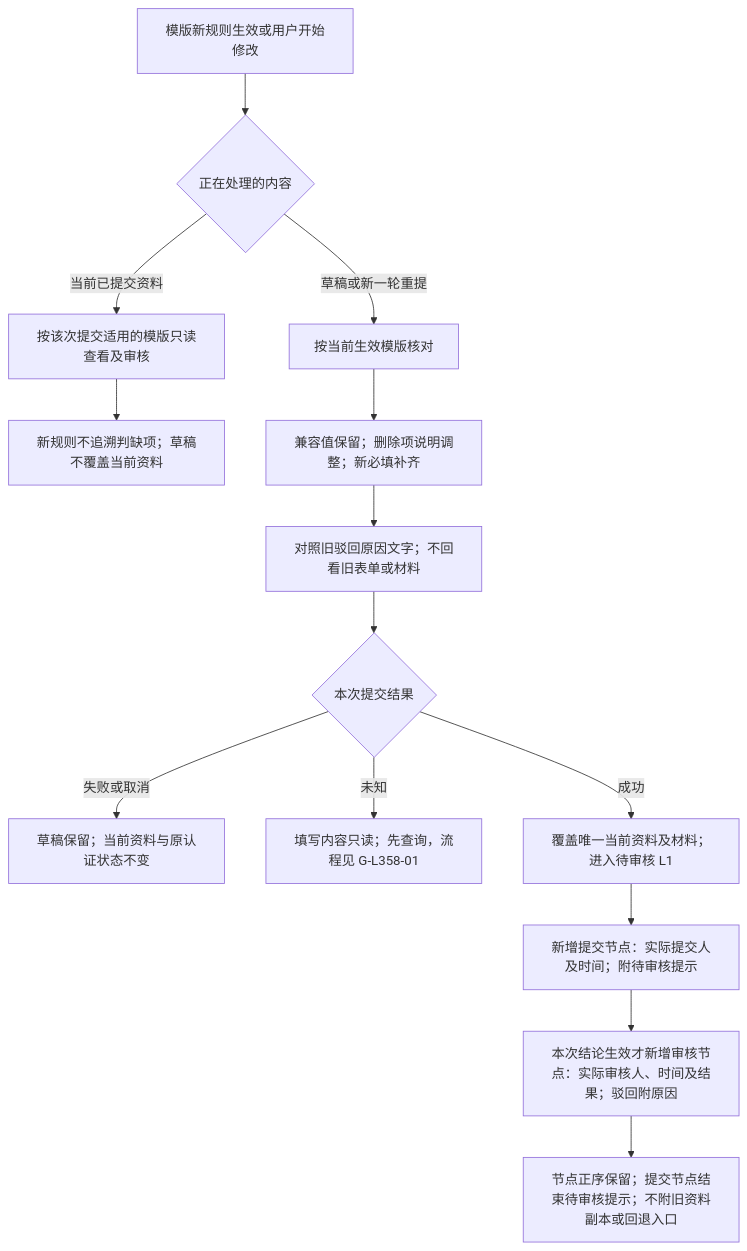
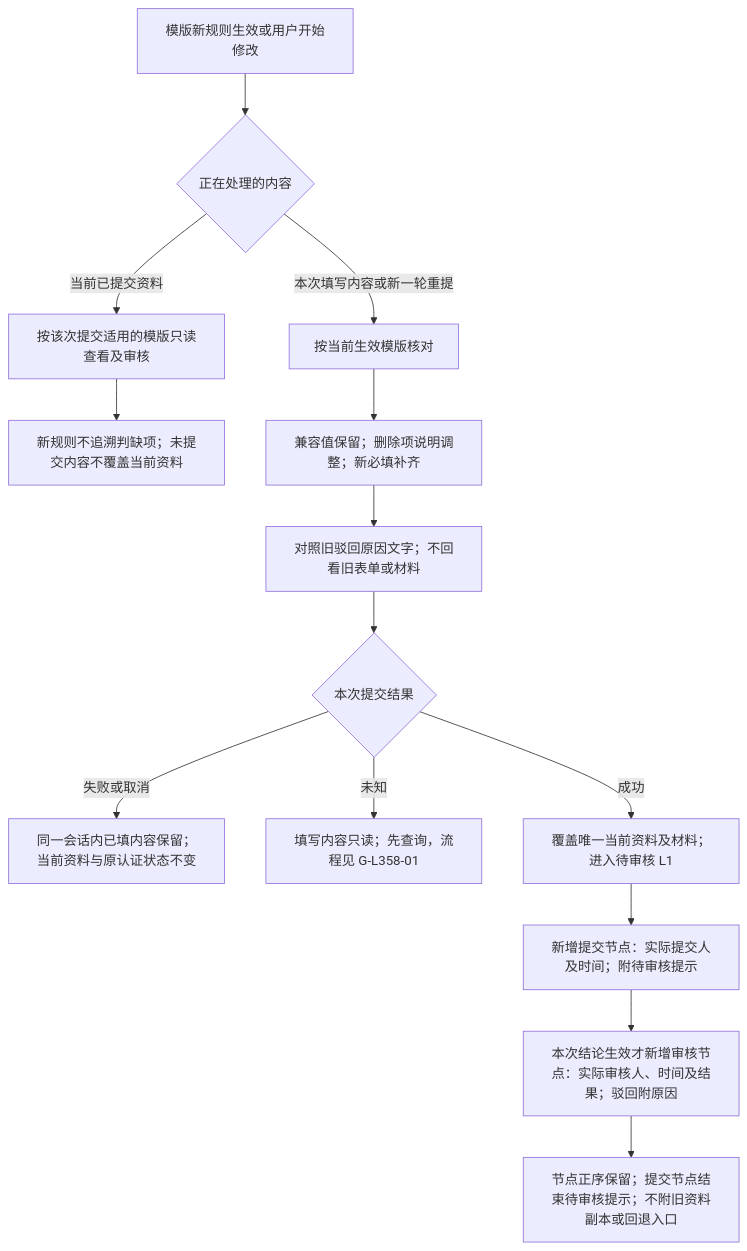
The fifth of 6 diagrams in lending-platform/PRD/v2.0-资金方机构认证审核/02-资金方机构认证审核-流程图与状态机.md (wxblockchain/Chain-Financing), drawn with Mermaid before and after one commit. The commit also changed other lines of this file and 2 other files, not shown here.

````diff
--- a/lending-platform/PRD/v2.0-资金方机构认证审核/02-资金方机构认证审核-流程图与状态机.md
+++ b/lending-platform/PRD/v2.0-资金方机构认证审核/02-资金方机构认证审核-流程图与状态机.md
@@ -161,16 +165,16 @@
 ```mermaid
 flowchart TD
     A[模版新规则生效或用户开始修改] --> B{正在处理的内容}
     B -->|当前已提交资料| C[按该次提交适用的模版只读查看及审核]
-    C --> D[新规则不追溯判缺项；草稿不覆盖当前资料]
-    B -->|草稿或新一轮重提| E[按当前生效模版核对]
+    C --> D[新规则不追溯判缺项；未提交内容不覆盖当前资料]
+    B -->|本次填写内容或新一轮重提| E[按当前生效模版核对]
     E --> F[兼容值保留；删除项说明调整；新必填补齐]
     F --> G[对照旧驳回原因文字；不回看旧表单或材料]
     G --> H{本次提交结果}
-    H -->|失败或取消| I[草稿保留；当前资料与原认证状态不变]
+    H -->|失败或取消| I[同一会话内已填内容保留；当前资料与原认证状态不变]
     H -->|未知| U[填写内容只读；先查询，流程见 G-L358-01]
     H -->|成功| J[覆盖唯一当前资料及材料；进入待审核 L1]
     J --> K[新增提交节点：实际提交人及时间；附待审核提示]
     K --> L[本次结论生效才新增审核节点：实际审核人、时间及结果；驳回附原因]
     L --> M[节点正序保留；提交节点结束待审核提示；不附旧资料副本或回退入口]
 ```
````
